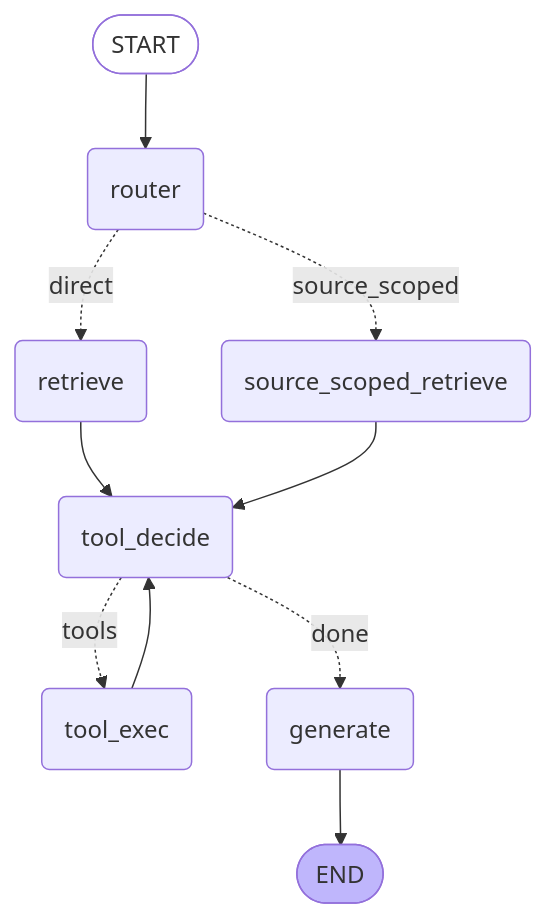
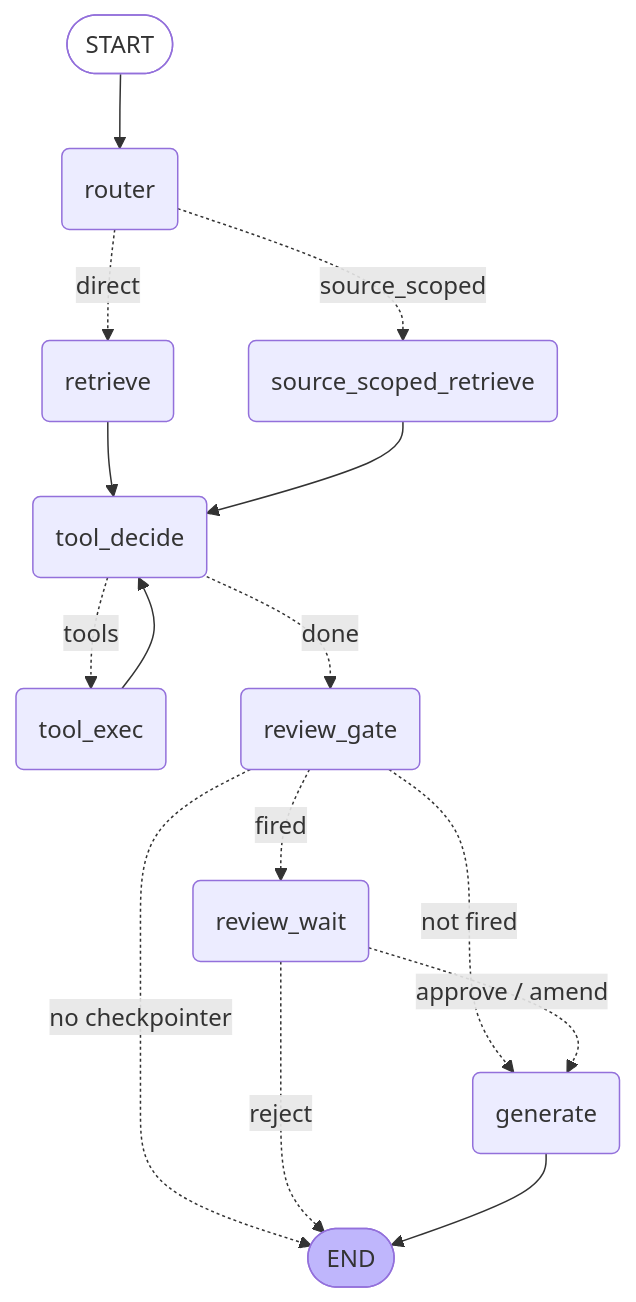
Before and after one commit to FernandoSanabria/rag-pipeline: the second of 2 diagrams in README.md, drawn with Mermaid. The commit also changed other lines of this file and 22 other files, not shown here.

````diff
--- a/README.md
+++ b/README.md
@@ -86,22 +86,29 @@
 ```mermaid
 graph TD;
     __start__([START]):::first
     router(router)
     retrieve(retrieve)
     source_scoped_retrieve(source_scoped_retrieve)
     tool_decide(tool_decide)
     tool_exec(tool_exec)
+    review_gate(review_gate)
+    review_wait(review_wait)
     generate(generate)
     __end__([END]):::last
     __start__ --> router;
     router -. direct .-> retrieve;
     router -. source_scoped .-> source_scoped_retrieve;
     retrieve --> tool_decide;
     source_scoped_retrieve --> tool_decide;
     tool_decide -. tools .-> tool_exec;
-    tool_decide -. done .-> generate;
+    tool_decide -. done .-> review_gate;
     tool_exec --> tool_decide;
+    review_gate -. not fired .-> generate;
+    review_gate -. fired .-> review_wait;
+    review_gate -. no checkpointer .-> __end__;
+    review_wait -. approve / amend .-> generate;
+    review_wait -. reject .-> __end__;
     generate --> __end__;
     classDef first fill-opacity:0
     classDef last fill:#bfb6fc
 ```
````
